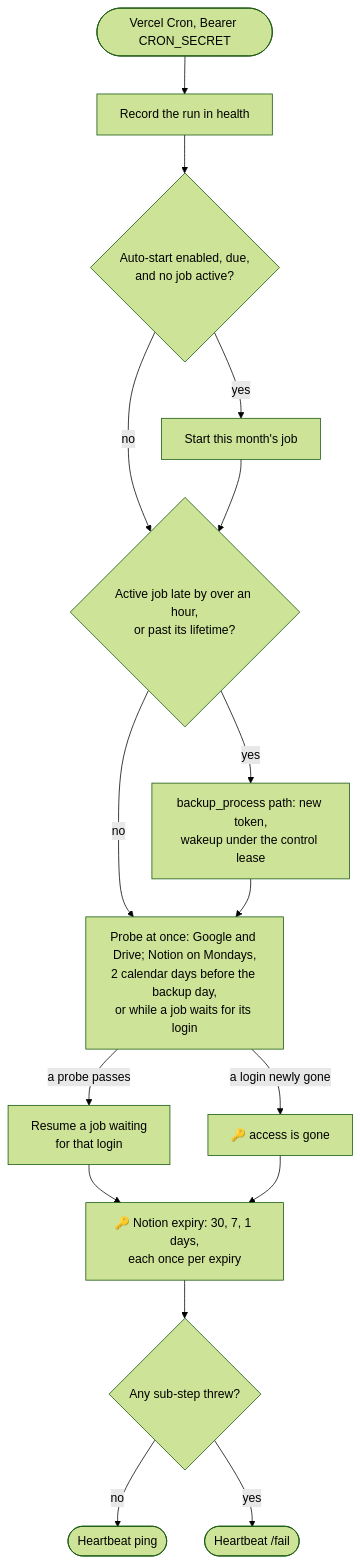
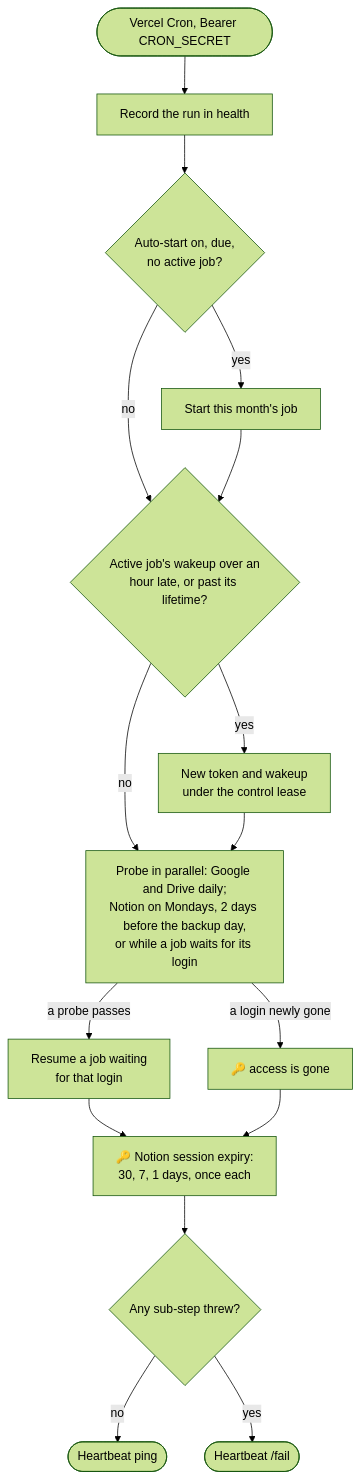
Before and after one commit to itemka/nodejs-backend-mastery: the sixth of 6 diagrams in workspaces/apps/notion-backup-automation/docs/backup-lifecycle.md, drawn with Mermaid (forest theme). The commit also changed other lines of this file and 6 other files, not shown here.

````diff
--- a/workspaces/apps/notion-backup-automation/docs/backup-lifecycle.md
+++ b/workspaces/apps/notion-backup-automation/docs/backup-lifecycle.md
@@ -136,18 +139,18 @@
 ```mermaid
 flowchart TD
   Cron([Vercel Cron, Bearer CRON_SECRET]) --> Touch[Record the run in health]
-  Touch --> Start{Auto-start enabled, due,<br/>and no job active?}
+  Touch --> Start{Auto-start on, due,<br/>no active job?}
   Start -->|yes| Create[Start this month's job]
   Start -->|no| Watch
-  Create --> Watch{Active job late by over an hour,<br/>or past its lifetime?}
-  Watch -->|yes| Rearm[backup_process path: new token,<br/>wakeup under the control lease]
+  Create --> Watch{Active job's wakeup over an<br/>hour late, or past its lifetime?}
+  Watch -->|yes| Rearm[New token and wakeup<br/>under the control lease]
   Watch -->|no| Probes
-  Rearm --> Probes["Probe at once: Google and Drive; Notion on Mondays,<br/>2 calendar days before the backup day,<br/>or while a job waits for its login"]
+  Rearm --> Probes["Probe in parallel: Google and Drive daily;<br/>Notion on Mondays, 2 days before the backup day,<br/>or while a job waits for its login"]
   Probes -->|a probe passes| Resume[Resume a job waiting<br/>for that login]
   Probes -->|a login newly gone| Lost[🔑 access is gone]
   Resume --> Warn
-  Lost --> Warn["🔑 Notion expiry: 30, 7, 1 days,<br/>each once per expiry"]
+  Lost --> Warn["🔑 Notion session expiry:<br/>30, 7, 1 days, once each"]
   Warn --> Beat{Any sub-step threw?}
   Beat -->|no| Ok([Heartbeat ping])
   Beat -->|yes| Fail([Heartbeat /fail])
 ```
````
